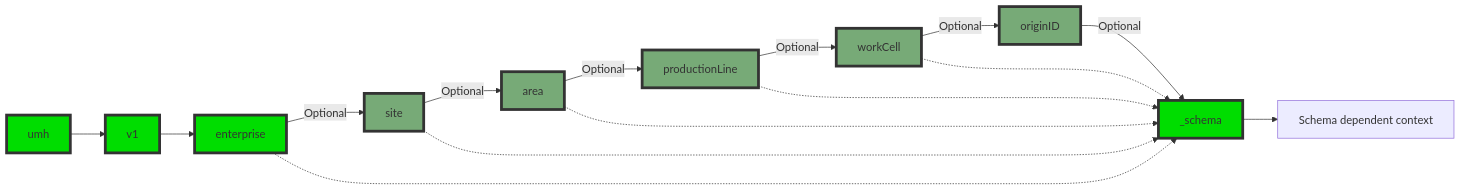
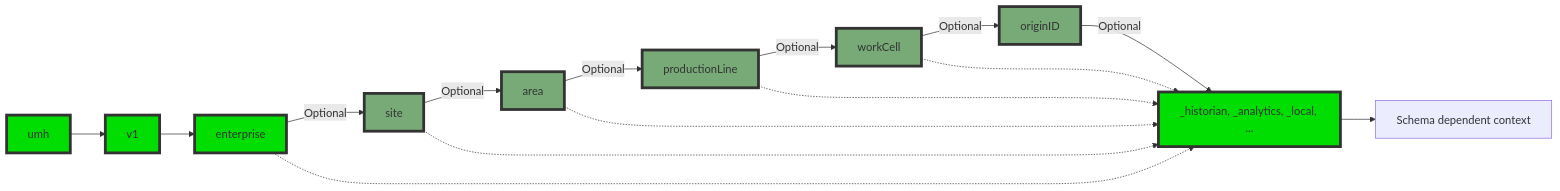
The diagram in umh.docs.umh.app/content/en/docs/datamodel/messages/_index.md (united-manufacturing-hub/umh.docs.umh.app), drawn with Mermaid before and after one commit. The commit also changed other lines of this file and 1 other file, not shown here.

```diff
--- a/umh.docs.umh.app/content/en/docs/datamodel/messages/_index.md
+++ b/umh.docs.umh.app/content/en/docs/datamodel/messages/_index.md
@@ -12,23 +12,23 @@
 {{<mermaid theme="neutral" >}}
 flowchart LR
     umh --> v1
     v1 --> enterprise
     enterprise -->|Optional| site
     site -->|Optional| area
     area -->|Optional| productionLine
     productionLine -->|Optional| workCell
     workCell -->|Optional| originID
-    originID -->|Optional| _schema
+    originID -->|Optional| _schema["_historian, _analytics, _local, ..."]
     _schema -->_opt["Schema dependent context"]
     
     classDef mqtt fill:#00dd00,stroke:#333,stroke-width:4px;
     class umh,v1,enterprise,_schema mqtt;
     classDef optional fill:#77aa77,stroke:#333,stroke-width:4px;
     class site,area,productionLine,workCell,originID optional;
     
     enterprise -.-> _schema
     site -.-> _schema
     area -.-> _schema
     productionLine -.-> _schema
     workCell -.-> _schema
 {{</ mermaid >}}
```
